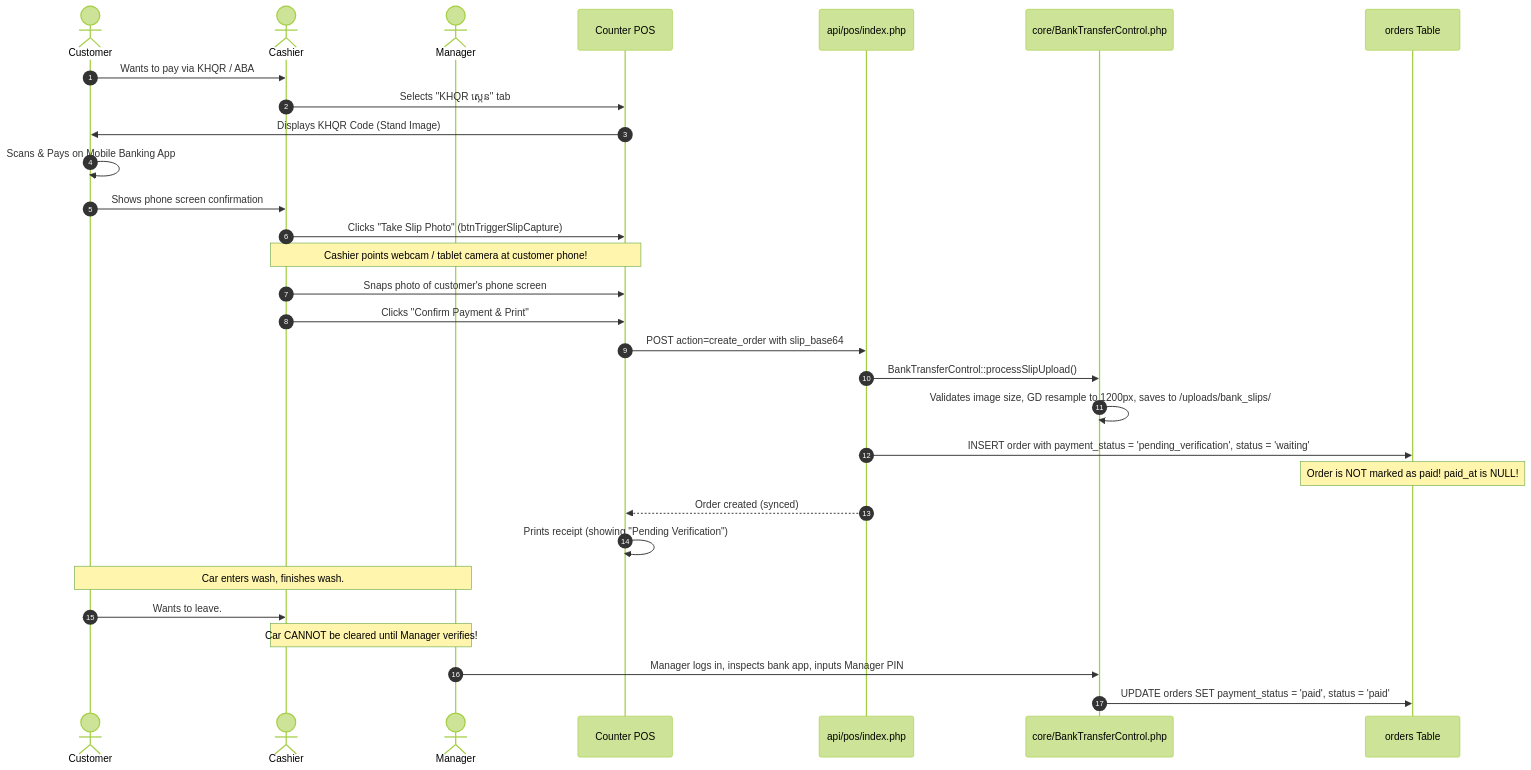
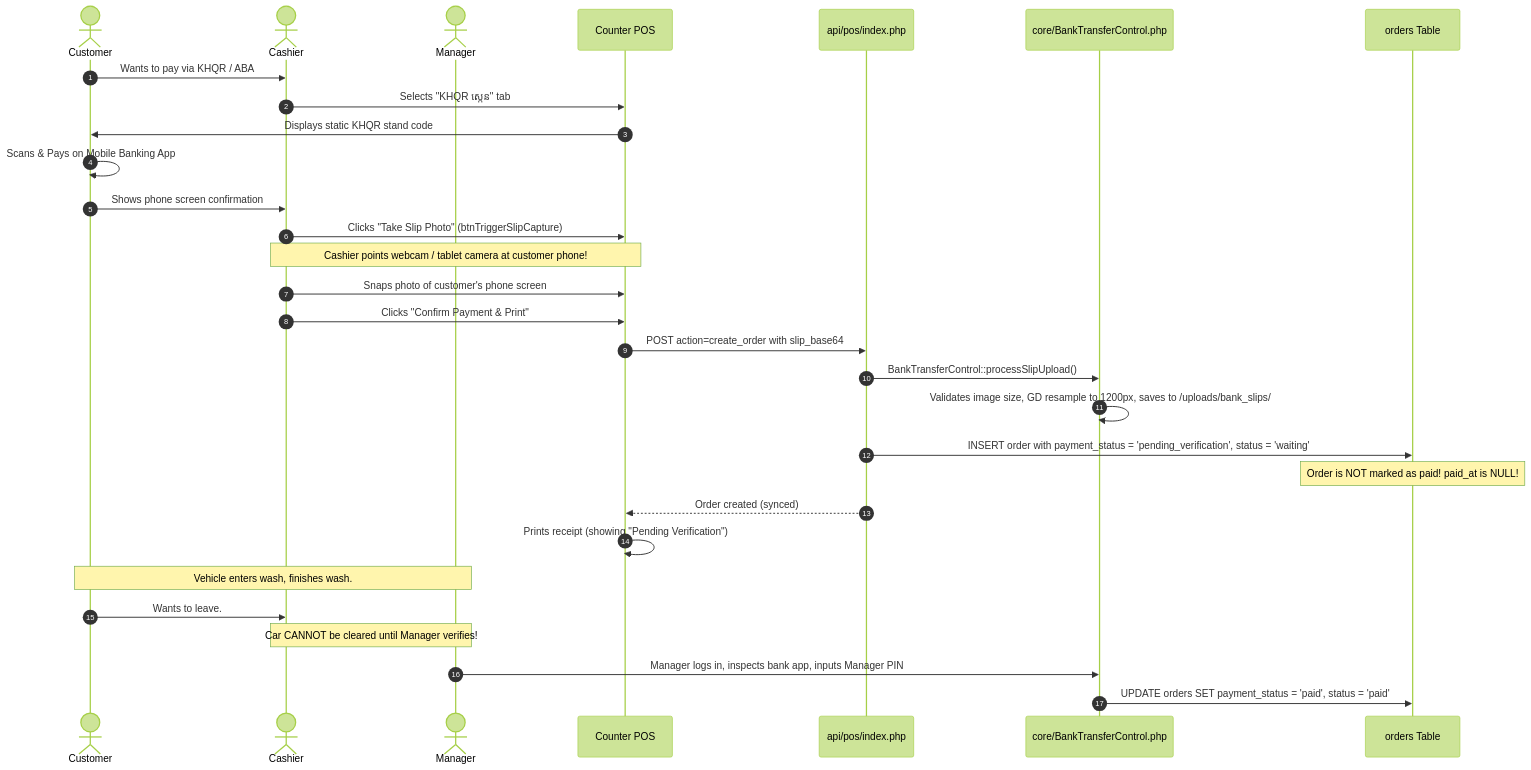
One commit to Tiffy-gif/Car-WashService changed the third of 3 diagrams in POS-CASHIER-WORKFLOW-AUDIT.md. Above: the diagram before and after it, drawn with Mermaid (forest theme). The commit also changed other lines of this file and 5 other files, not shown here.

````diff
--- a/POS-CASHIER-WORKFLOW-AUDIT.md
+++ b/POS-CASHIER-WORKFLOW-AUDIT.md
@@ -202,34 +195,34 @@
 ```mermaid
 sequenceDiagram
     autonumber
     actor Customer
     actor Cashier
     actor Manager
     participant POS as Counter POS
     participant API as api/pos/index.php
     participant BTC as core/BankTransferControl.php
     participant DB as orders Table
 
     Customer->>Cashier: Wants to pay via KHQR / ABA
     Cashier->>POS: Selects "KHQR ស្កេន" tab
-    POS->>Customer: Displays KHQR Code (Stand Image)
+    POS->>Customer: Displays static KHQR stand code
     Customer->>Customer: Scans & Pays on Mobile Banking App
     Customer->>Cashier: Shows phone screen confirmation
     Cashier->>POS: Clicks "Take Slip Photo" (btnTriggerSlipCapture)
     Note over Cashier, POS: Cashier points webcam / tablet camera at customer phone!
     Cashier->>POS: Snaps photo of customer's phone screen
     Cashier->>POS: Clicks "Confirm Payment & Print"
     POS->>API: POST action=create_order with slip_base64
     API->>BTC: BankTransferControl::processSlipUpload()
     BTC->>BTC: Validates image size, GD resample to 1200px, saves to /uploads/bank_slips/
     API->>DB: INSERT order with payment_status = 'pending_verification', status = 'waiting'
     Note over DB: Order is NOT marked as paid! paid_at is NULL!
     API-->>POS: Order created (synced)
     POS->>POS: Prints receipt (showing "Pending Verification")
 
-    Note over Customer, Manager: Car enters wash, finishes wash.
+    Note over Customer, Manager: Vehicle enters wash, finishes wash.
     Customer->>Cashier: Wants to leave.
     Note over Cashier, Manager: Car CANNOT be cleared until Manager verifies!
     Manager->>BTC: Manager logs in, inspects bank app, inputs Manager PIN
     BTC->>DB: UPDATE orders SET payment_status = 'paid', status = 'paid'
 ```
````
